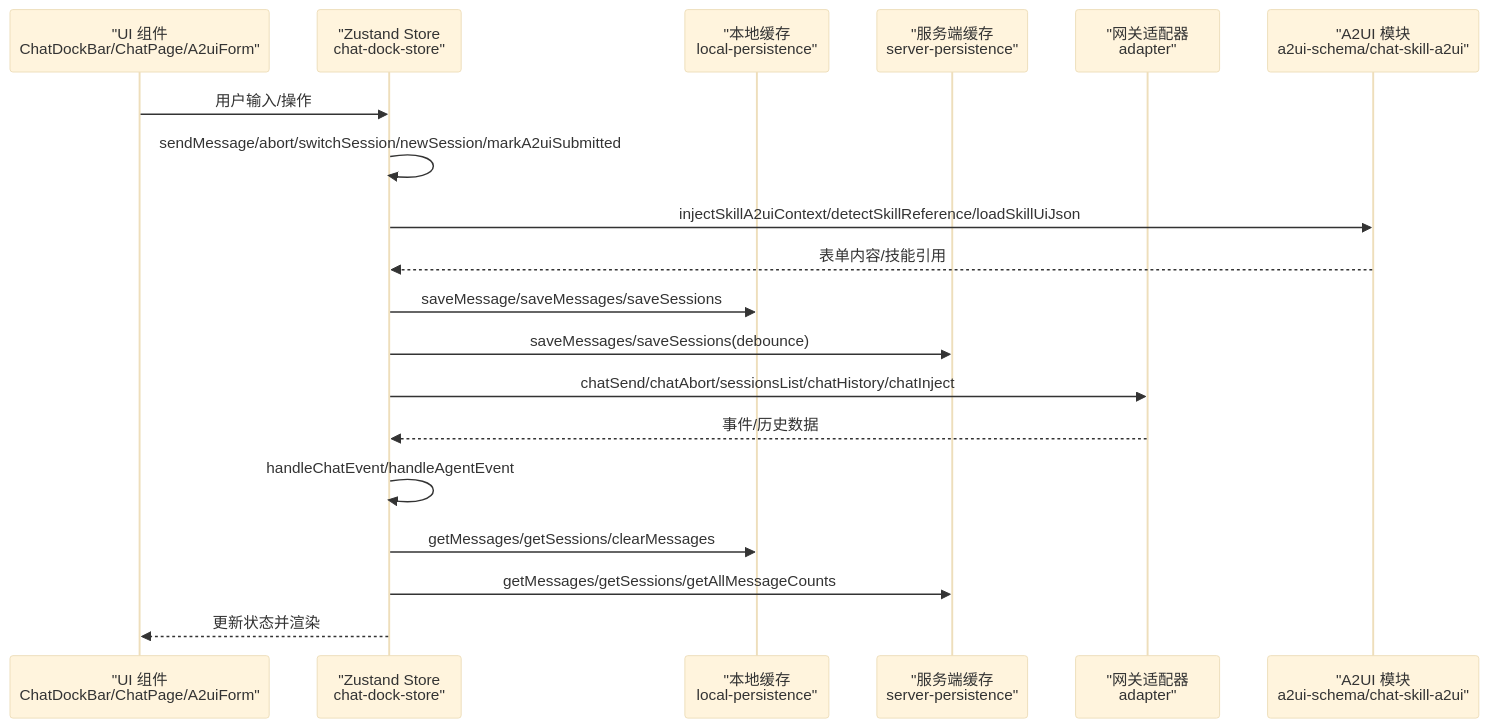
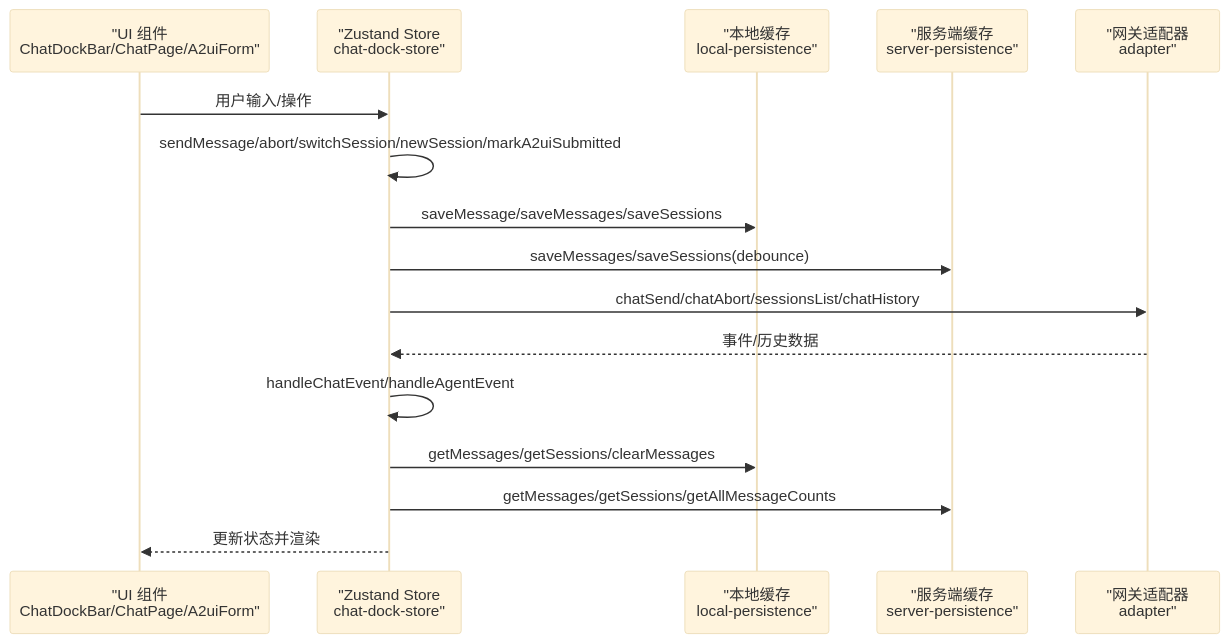
The second of 8 diagrams in .qoder/repowiki/zh/content/状态管理系统/控制台 Store 系统/聊天停靠 Store.md (WW-AI-Lab/openclaw-office), drawn with Mermaid (base theme) before and after one commit. The commit also changed other lines of this file and 5 other files, not shown here.

First line of the commit message:
refactor(chat-dock-store): 优化A2UI状态管理与简化提交监控

````diff
--- a/.qoder/repowiki/zh/content/状态管理系统/控制台 Store 系统/聊天停靠 Store.md
+++ b/.qoder/repowiki/zh/content/状态管理系统/控制台 Store 系统/聊天停靠 Store.md
@@ -137,21 +136,18 @@
 ```mermaid
 sequenceDiagram
 participant UI as "UI 组件<br/>ChatDockBar/ChatPage/A2uiForm"
 participant Store as "Zustand Store<br/>chat-dock-store"
 participant Local as "本地缓存<br/>local-persistence"
 participant Server as "服务端缓存<br/>server-persistence"
 participant Gateway as "网关适配器<br/>adapter"
-participant A2UI as "A2UI 模块<br/>a2ui-schema/chat-skill-a2ui"
 UI->>Store : 用户输入/操作
 Store->>Store : sendMessage/abort/switchSession/newSession/markA2uiSubmitted
-Store->>A2UI : injectSkillA2uiContext/detectSkillReference/loadSkillUiJson
-A2UI-->>Store : 表单内容/技能引用
 Store->>Local : saveMessage/saveMessages/saveSessions
 Store->>Server : saveMessages/saveSessions(debounce)
-Store->>Gateway : chatSend/chatAbort/sessionsList/chatHistory/chatInject
+Store->>Gateway : chatSend/chatAbort/sessionsList/chatHistory
 Gateway-->>Store : 事件/历史数据
 Store->>Store : handleChatEvent/handleAgentEvent
 Store->>Local : getMessages/getSessions/clearMessages
 Store->>Server : getMessages/getSessions/getAllMessageCounts
 Store-->>UI : 更新状态并渲染
 ```
````
